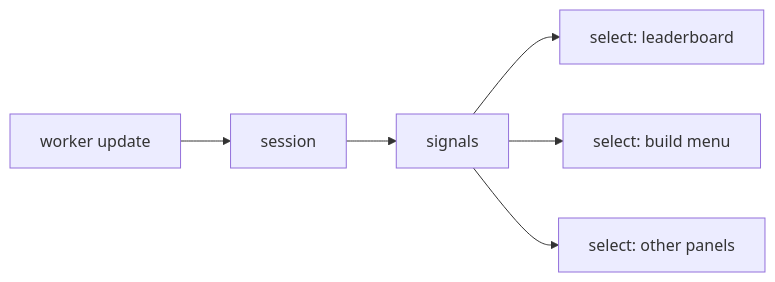
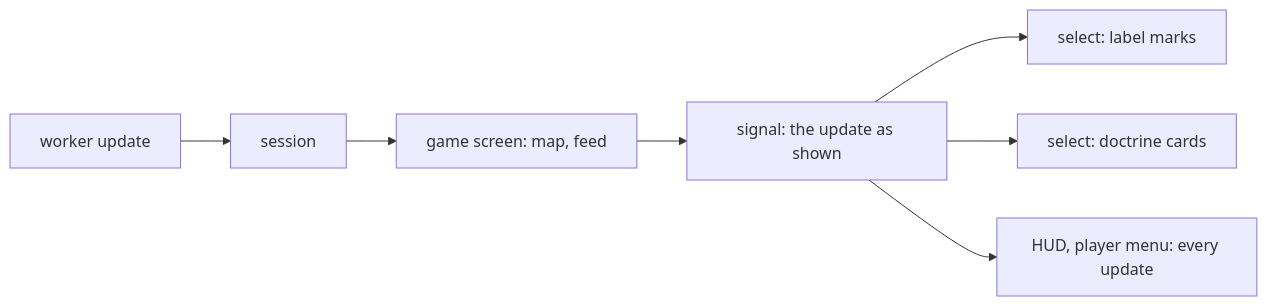
One commit to MohammadBnei/frontfall changed the third of 3 diagrams in docs/architecture.md. Above: the diagram before and after it, drawn with Mermaid. The commit also changed other lines of this file and 15 other files, not shown here.

````diff
--- a/docs/architecture.md
+++ b/docs/architecture.md
@@ -90,8 +88,9 @@
 ```mermaid
 flowchart LR
   worker["worker update"] --> session["session"]
-  session --> signals["signals"]
-  signals --> sel1["select: leaderboard"]
-  signals --> sel2["select: build menu"]
-  signals --> sel3["select: other panels"]
+  session --> screen["game screen: map, feed"]
+  screen --> signals["signal: the update as shown"]
+  signals --> sel1["select: label marks"]
+  signals --> sel2["select: doctrine cards"]
+  signals --> sel3["HUD, player menu: every update"]
 ```
````
